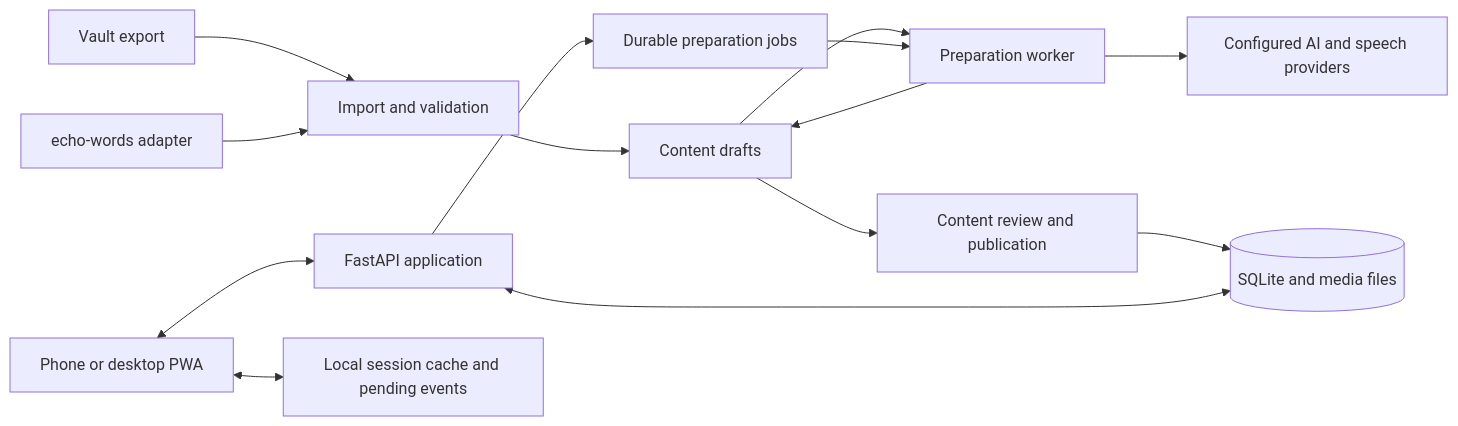
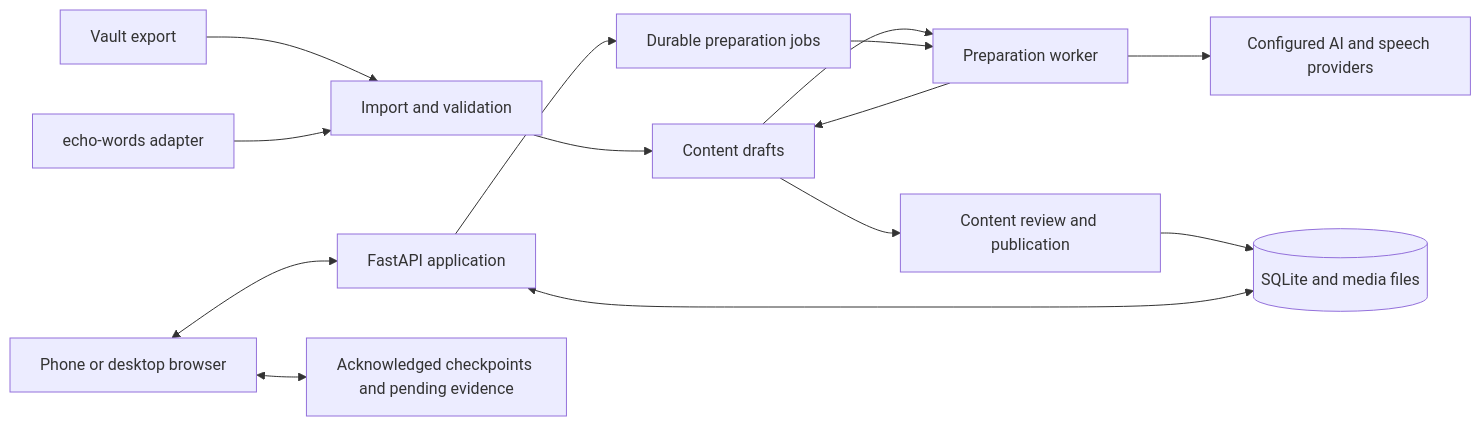
The diagram in specs/architecture.md (andgineer/phrase-gym), drawn with Mermaid before and after one commit. The commit also changed other lines of this file and 112 other files, not shown here.

````diff
--- a/specs/architecture.md
+++ b/specs/architecture.md
@@ -21,16 +21,16 @@
 ```mermaid
 flowchart LR
     V[Vault export] --> I[Import and validation]
     E[echo-words adapter] --> I
     I --> C[Content drafts]
     C --> W[Preparation worker]
     W --> A[Configured AI and speech providers]
     W --> C
     C --> Q[Content review and publication]
     Q --> D[(SQLite and media files)]
-    P[Phone or desktop PWA] <--> API[FastAPI application]
+    P[Phone or desktop browser] <--> API[FastAPI application]
     API <--> D
     API --> J[Durable preparation jobs]
     J --> W
-    P <--> L[Local session cache and pending events]
+    P <--> L[Acknowledged checkpoints and pending evidence]
 ```
````
